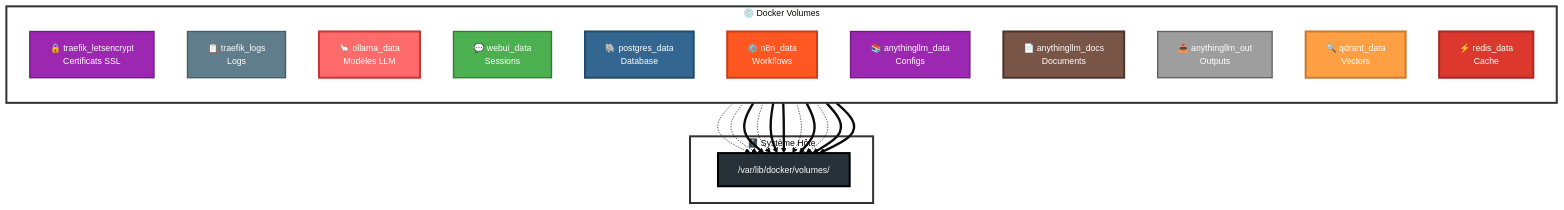
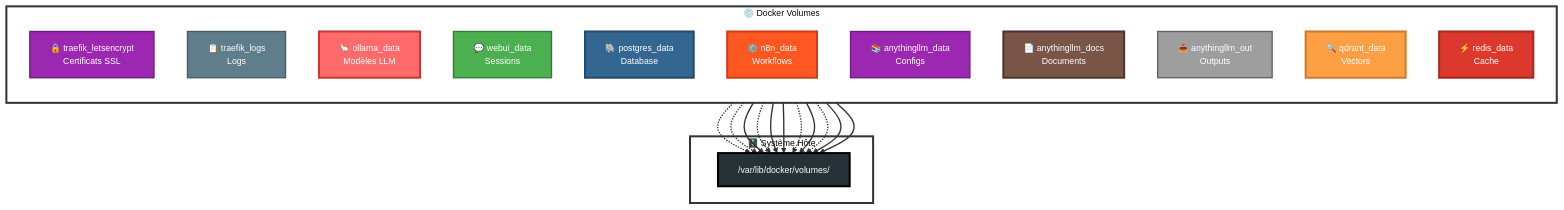
One commit to MPFabio/Stack-IA changed the sixth of 14 diagrams in docs/ARCHITECTURE.md. Above: the diagram before and after it, drawn with Mermaid. The commit also changed other lines of this file, not shown here.

First line of the commit message:
fix(docs): Ajout flèches visibles sur tous les diagrammes

````diff
--- a/docs/ARCHITECTURE.md
+++ b/docs/ARCHITECTURE.md
@@ -396,49 +400,51 @@
 ```mermaid
 %%{init: {'theme':'base', 'themeVariables': { 'fontSize':'13px'}}}%%
 graph TB
     subgraph VOLUMES["💿 Docker Volumes"]
         direction TB
         V1["🔒 traefik_letsencrypt<br/>Certificats SSL"]
         V2["📋 traefik_logs<br/>Logs"]
         V3["🦙 ollama_data<br/>Modèles LLM"]
         V4["💬 webui_data<br/>Sessions"]
         V5["🐘 postgres_data<br/>Database"]
         V6["⚙️ n8n_data<br/>Workflows"]
         V7["📚 anythingllm_data<br/>Configs"]
         V8["📄 anythingllm_docs<br/>Documents"]
         V9["📤 anythingllm_out<br/>Outputs"]
         V10["🔍 qdrant_data<br/>Vectors"]
         V11["⚡ redis_data<br/>Cache"]
     end
     
     subgraph HOST["🗄️ Système Hôte"]
         PHYSICAL["/var/lib/docker/volumes/"]
     end
     
     V1 -.-> PHYSICAL
     V2 -.-> PHYSICAL
     V3 ==> PHYSICAL
     V4 -.-> PHYSICAL
     V5 ==> PHYSICAL
     V6 ==> PHYSICAL
     V7 -.-> PHYSICAL
     V8 ==> PHYSICAL
     V9 -.-> PHYSICAL
     V10 ==> PHYSICAL
     V11 ==> PHYSICAL
     
     style V1 fill:#9C27B0,stroke:#6a1b7f,stroke-width:2px,color:#fff
     style V2 fill:#607D8B,stroke:#455a64,stroke-width:2px,color:#fff
     style V3 fill:#ff6b6b,stroke:#cc3333,stroke-width:3px,color:#fff
     style V4 fill:#4CAF50,stroke:#2e7d32,stroke-width:2px,color:#fff
     style V5 fill:#336791,stroke:#234a6d,stroke-width:3px,color:#fff
     style V6 fill:#FF5722,stroke:#cc3d18,stroke-width:3px,color:#fff
     style V7 fill:#9C27B0,stroke:#6a1b7f,stroke-width:2px,color:#fff
     style V8 fill:#795548,stroke:#4e342e,stroke-width:3px,color:#fff
     style V9 fill:#9E9E9E,stroke:#616161,stroke-width:2px,color:#fff
     style V10 fill:#ff9f43,stroke:#cc7a2e,stroke-width:3px,color:#fff
     style V11 fill:#dc382d,stroke:#a82820,stroke-width:3px,color:#fff
     style PHYSICAL fill:#263238,stroke:#000,stroke-width:3px,color:#fff
     style VOLUMES fill:#ffffff,stroke:#333,stroke-width:3px
     style HOST fill:#ffffff,stroke:#333,stroke-width:3px
+    
+    linkStyle default stroke:#333,stroke-width:2px
 ```
````
